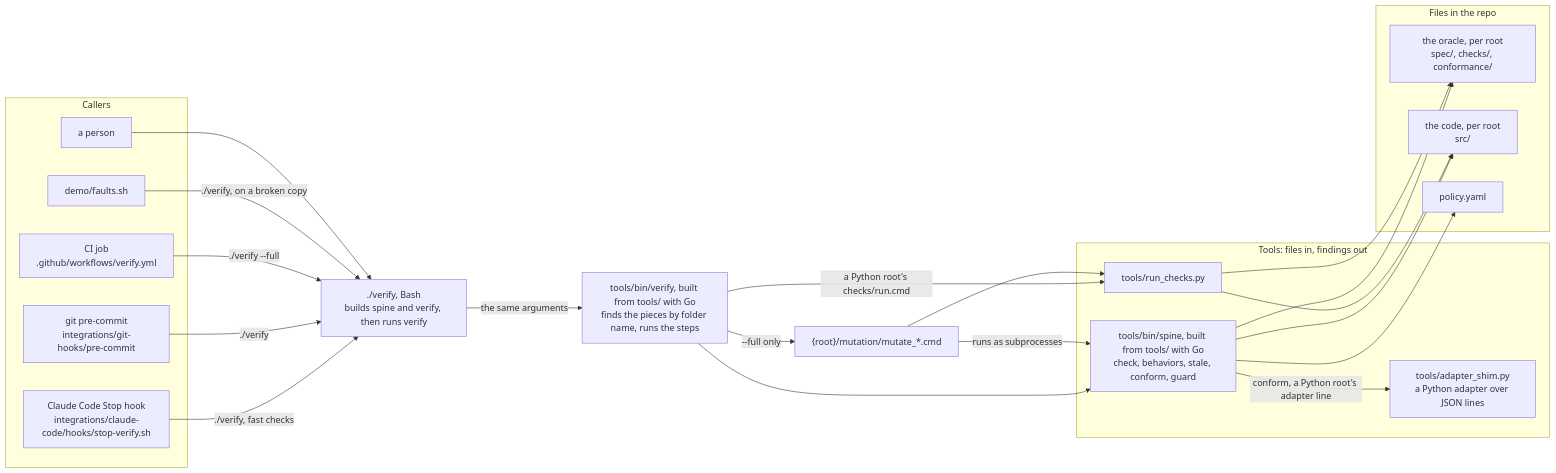
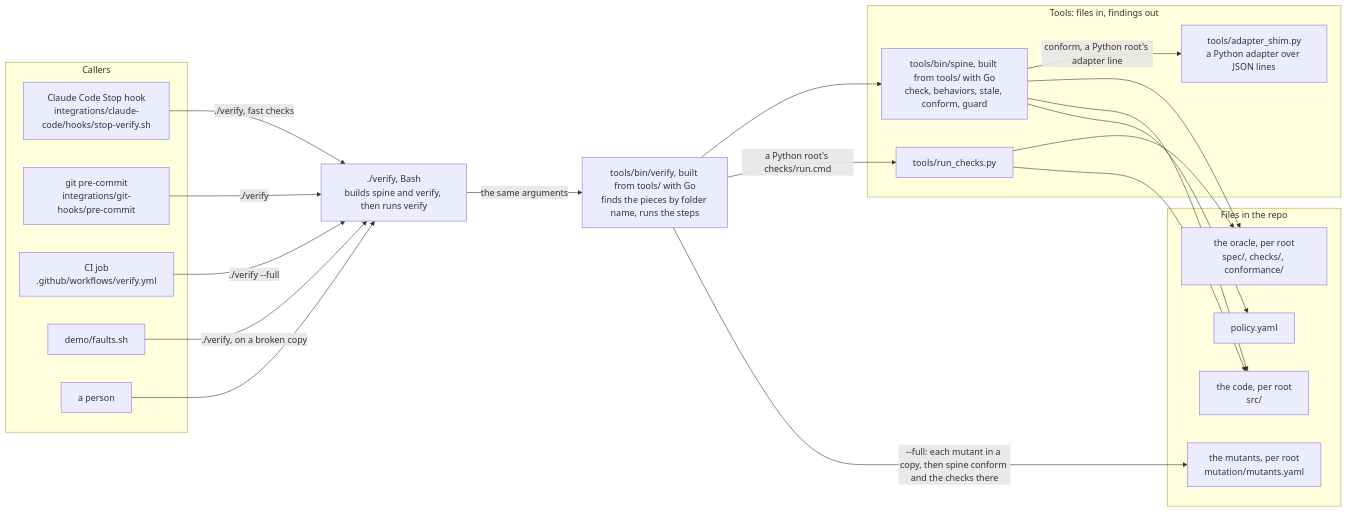
One commit to 23min/verifier-kit changed the first of 7 diagrams in docs/architecture.md. Above: the diagram before and after it, drawn with Mermaid. The commit also changed other lines of this file and 23 other files, not shown here.

First line of the commit message:
feat(verify): make the mutants listed in mutation/mutants.yaml, so no example writes its own mutation loop

````diff
--- a/docs/architecture.md
+++ b/docs/architecture.md
@@ -15,40 +15,38 @@
 ```mermaid
 flowchart LR
   subgraph callers["Callers"]
     stop["Claude Code Stop hook<br/>integrations/claude-code/hooks/stop-verify.sh"]
     pre["git pre-commit<br/>integrations/git-hooks/pre-commit"]
     ci["CI job<br/>.github/workflows/verify.yml"]
     faults["demo/faults.sh"]
     person["a person"]
   end
   entry["./verify, Bash<br/>builds spine and verify, then runs verify"]
   verify["tools/bin/verify, built from tools/ with Go<br/>finds the pieces by folder name, runs the steps"]
   subgraph tools["Tools: files in, findings out"]
     spine["tools/bin/spine, built from tools/ with Go<br/>check, behaviors, stale, conform, guard"]
     rc["tools/run_checks.py"]
     shim["tools/adapter_shim.py<br/>a Python adapter over JSON lines"]
   end
-  mut["{root}/mutation/mutate_*.cmd"]
   subgraph files["Files in the repo"]
+    mut["the mutants, per root<br/>mutation/mutants.yaml"]
     oracle["the oracle, per root<br/>spec/, checks/, conformance/"]
     code["the code, per root<br/>src/"]
     policy["policy.yaml"]
   end
   stop -->|"./verify, fast checks"| entry
   pre -->|"./verify"| entry
   ci -->|"./verify --full"| entry
   faults -->|"./verify, on a broken copy"| entry
   person --> entry
   entry -->|"the same arguments"| verify
   verify --> spine
   verify -->|"a Python root's checks/run.cmd"| rc
   spine -->|"conform, a Python root's adapter line"| shim
-  verify -->|"--full only"| mut
-  mut -->|"runs as subprocesses"| spine
-  mut --> rc
+  verify -->|"--full: each mutant in a copy, then spine conform and the checks there"| mut
   spine --> oracle
   spine --> code
   spine --> policy
   rc --> oracle
   rc --> code
 ```
````
